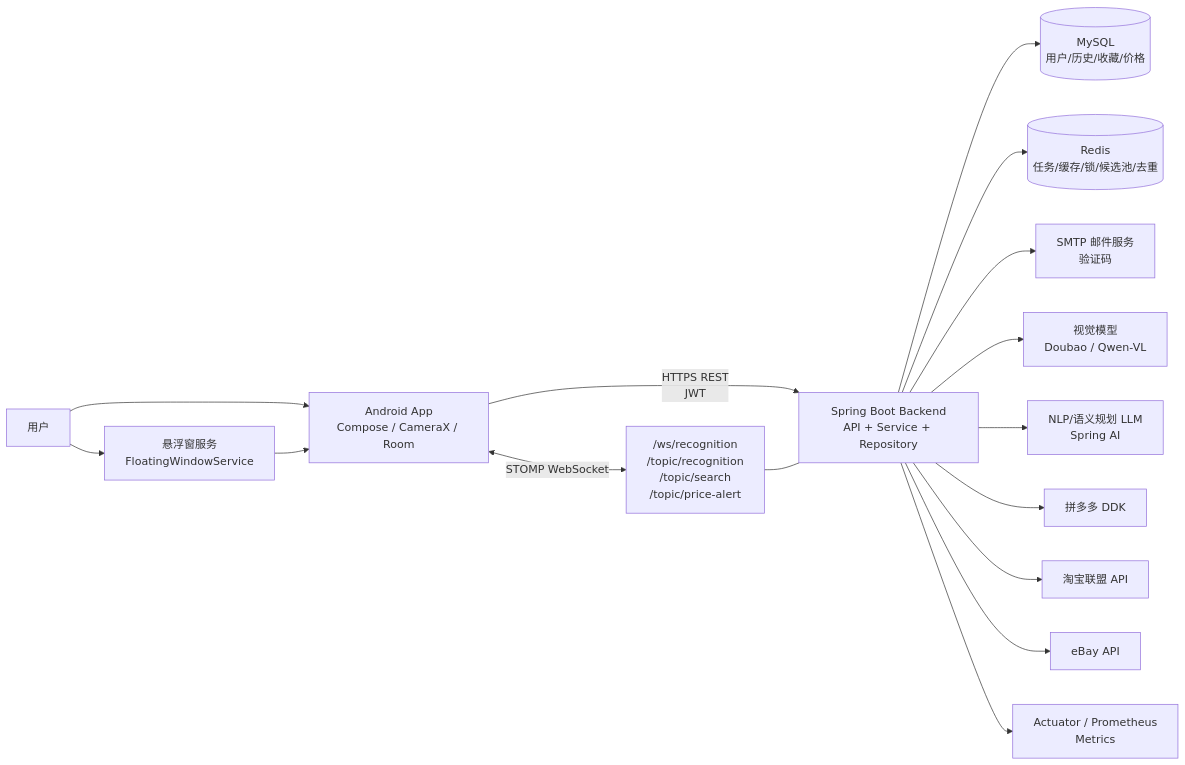
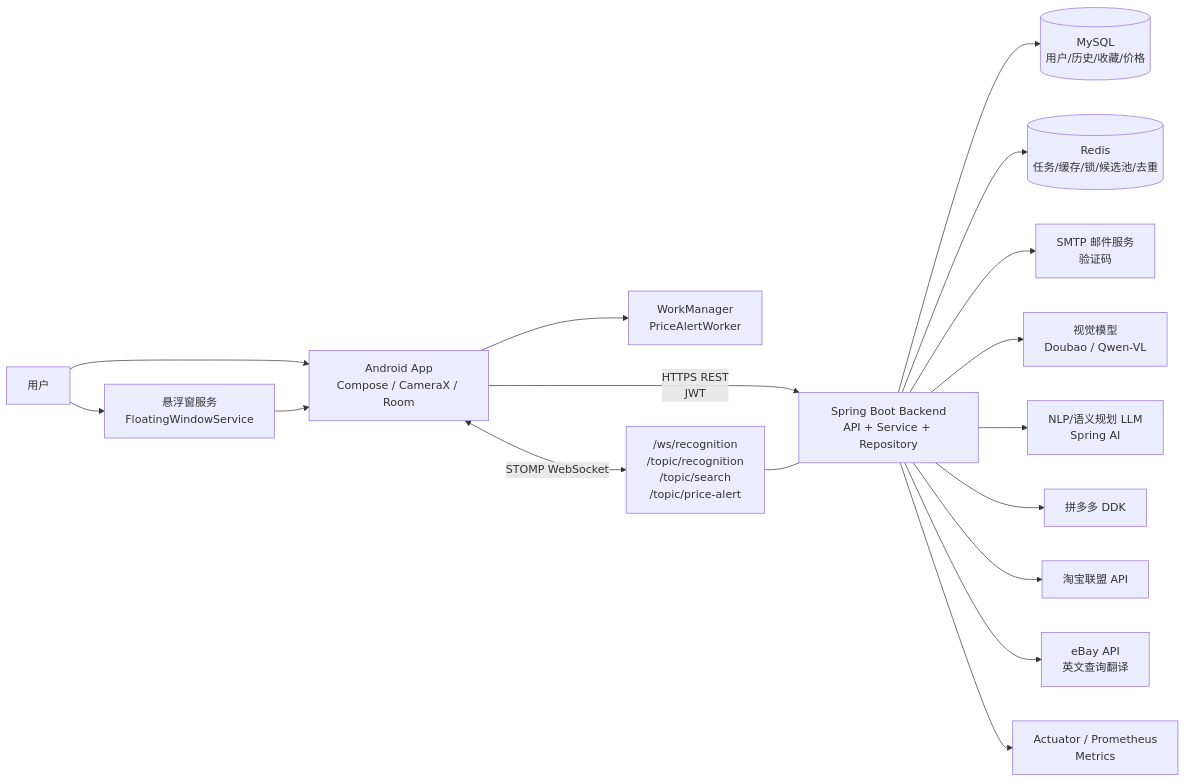
The first of 12 diagrams in docs/architecture-design.md (buwenjiayou/VisionCart), drawn with Mermaid before and after one commit. The commit also changed other lines of this file and 69 other files, not shown here.

````diff
--- a/docs/architecture-design.md
+++ b/docs/architecture-design.md
@@ -19,21 +19,22 @@
 ```mermaid
 flowchart LR
     User["用户"] --> Android["Android App<br/>Compose / CameraX / Room"]
     User --> Overlay["悬浮窗服务<br/>FloatingWindowService"]
     Overlay --> Android
+    Android --> Worker["WorkManager<br/>PriceAlertWorker"]
 
     Android -->|HTTPS REST<br/>JWT| Backend["Spring Boot Backend<br/>API + Service + Repository"]
     Android <-->|STOMP WebSocket| Ws["/ws/recognition<br/>/topic/recognition<br/>/topic/search<br/>/topic/price-alert"]
     Ws --- Backend
 
     Backend --> MySQL[("MySQL<br/>用户/历史/收藏/价格")]
     Backend --> Redis[("Redis<br/>任务/缓存/锁/候选池/去重")]
     Backend --> Mail["SMTP 邮件服务<br/>验证码"]
     Backend --> Vision["视觉模型<br/>Doubao / Qwen-VL"]
     Backend --> LLM["NLP/语义规划 LLM<br/>Spring AI"]
     Backend --> PDD["拼多多 DDK"]
     Backend --> Taobao["淘宝联盟 API"]
-    Backend --> Ebay["eBay API"]
+    Backend --> Ebay["eBay API<br/>英文查询翻译"]
 
     Backend --> Monitor["Actuator / Prometheus<br/>Metrics"]
 ```
````
